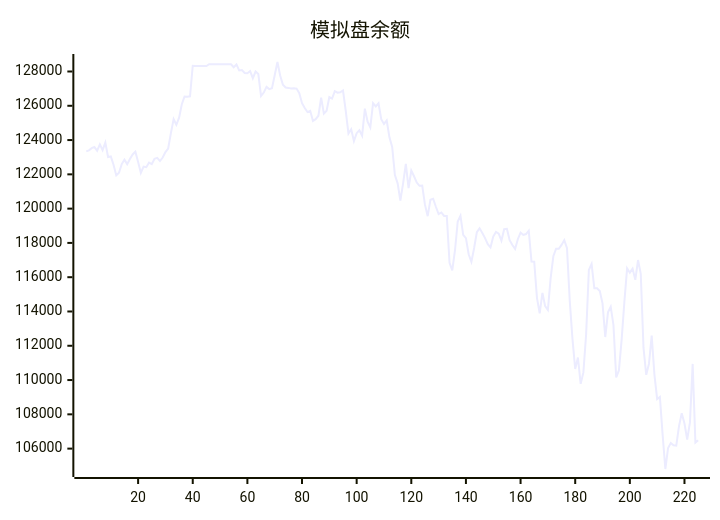
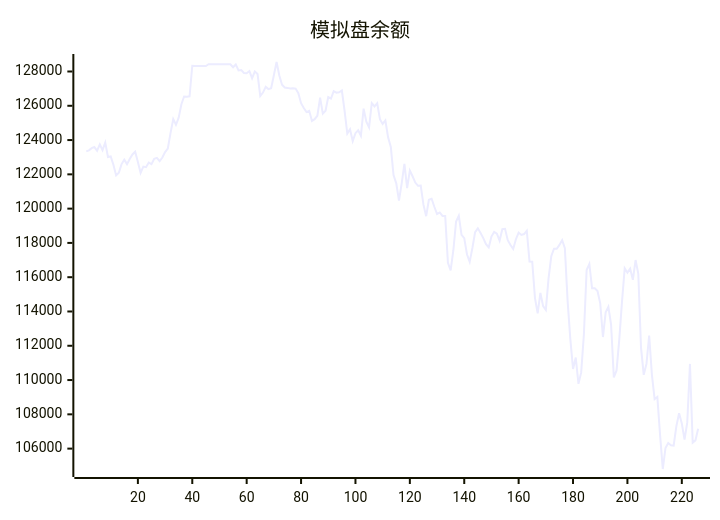
The diagram in README.md (aahl/ai-trading), drawn with Mermaid before and after one commit. The commit also changed other lines of this file and 1 other file, not shown here.

````diff
--- a/README.md
+++ b/README.md
@@ -5,5 +5,5 @@
 ```mermaid
 xychart
     title "模拟盘余额"
-    line [123338,123402,123530,123592,123378,123745,123413,123853,123009,123040,122557,121938,122095,122599,122856,122597,122898,123160,123319,122719,122087,122454,122416,122685,122592,122907,122961,122776,122981,123295,123507,124403,125224,124894,125303,126088,126544,126534,126549,128335,128318,128318,128318,128318,128318,128424,128424,128424,128424,128424,128424,128424,128424,128424,128247,128412,128062,128087,127917,127901,128026,127611,128000,127850,126572,126770,127100,126971,127029,127783,128554,127765,127224,127064,127044,127009,127025,127004,126738,126152,125871,125635,125707,125117,125217,125420,126480,125545,125715,126511,126424,126856,126764,126788,126890,125710,124381,124632,123936,124402,124574,124256,125833,125070,124739,126154,125966,126145,125213,124943,125143,124157,123604,121959,121476,120476,121470,122610,121201,122221,121889,121522,121332,121344,120232,119559,120513,120577,120108,119680,119777,119572,119568,116839,116392,117573,119250,119585,118469,118277,117338,116897,117706,118628,118849,118579,118280,117926,117735,118373,118639,118544,118136,118798,118819,118162,117874,117649,118215,118601,118463,118517,118713,116911,116899,114798,113887,115084,114313,114091,115934,117221,117658,117658,117883,118164,117693,114632,112403,110644,111313,109777,110444,112673,116419,116772,115355,115355,115198,114476,112510,113954,114276,113223,110151,110561,112361,114562,116522,116265,116500,115845,117000,116199,111887,110306,110942,112588,110318,108891,109011,106814,104811,106038,106327,106201,106180,107315,108068,107463,106528,107530,110941,106346,106482]
+    line [123338,123402,123530,123592,123378,123745,123413,123853,123009,123040,122557,121938,122095,122599,122856,122597,122898,123160,123319,122719,122087,122454,122416,122685,122592,122907,122961,122776,122981,123295,123507,124403,125224,124894,125303,126088,126544,126534,126549,128335,128318,128318,128318,128318,128318,128424,128424,128424,128424,128424,128424,128424,128424,128424,128247,128412,128062,128087,127917,127901,128026,127611,128000,127850,126572,126770,127100,126971,127029,127783,128554,127765,127224,127064,127044,127009,127025,127004,126738,126152,125871,125635,125707,125117,125217,125420,126480,125545,125715,126511,126424,126856,126764,126788,126890,125710,124381,124632,123936,124402,124574,124256,125833,125070,124739,126154,125966,126145,125213,124943,125143,124157,123604,121959,121476,120476,121470,122610,121201,122221,121889,121522,121332,121344,120232,119559,120513,120577,120108,119680,119777,119572,119568,116839,116392,117573,119250,119585,118469,118277,117338,116897,117706,118628,118849,118579,118280,117926,117735,118373,118639,118544,118136,118798,118819,118162,117874,117649,118215,118601,118463,118517,118713,116911,116899,114798,113887,115084,114313,114091,115934,117221,117658,117658,117883,118164,117693,114632,112403,110644,111313,109777,110444,112673,116419,116772,115355,115355,115198,114476,112510,113954,114276,113223,110151,110561,112361,114562,116522,116265,116500,115845,117000,116199,111887,110306,110942,112588,110318,108891,109011,106814,104811,106038,106327,106201,106180,107315,108068,107463,106528,107530,110941,106346,106482,107161]
 ```
````
